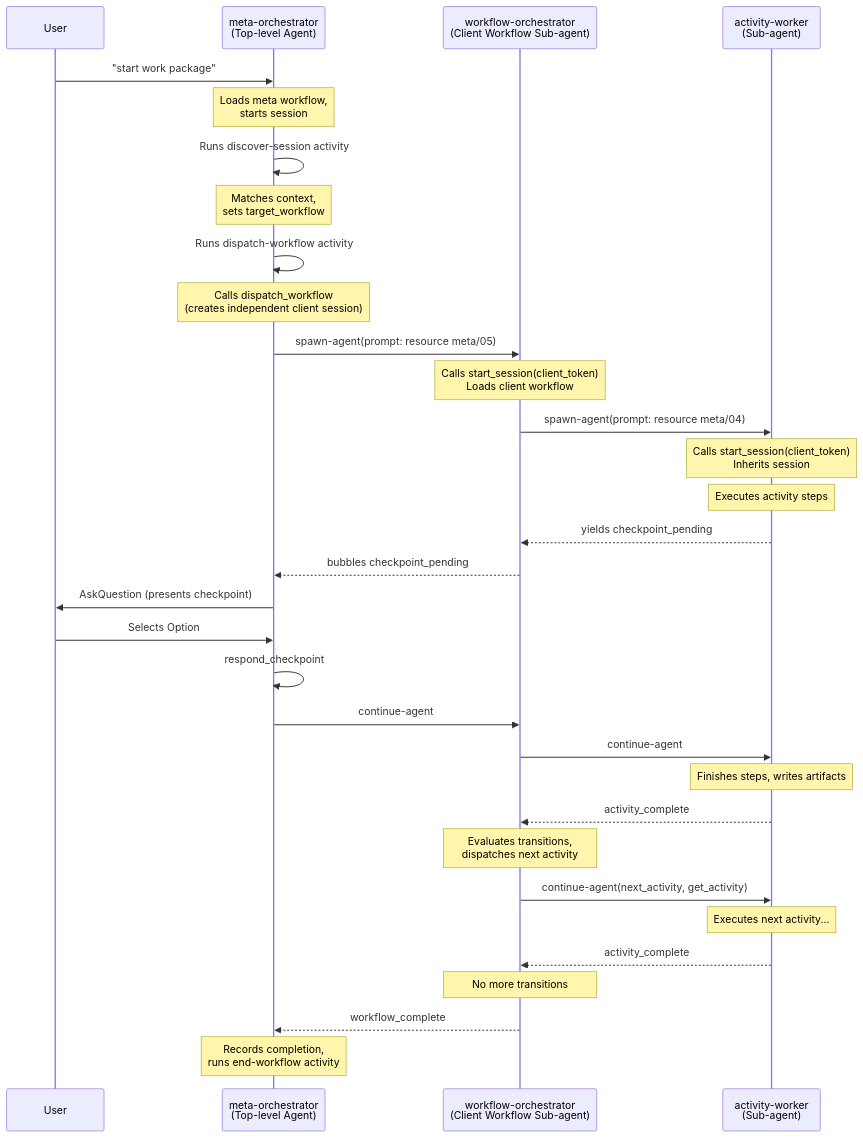
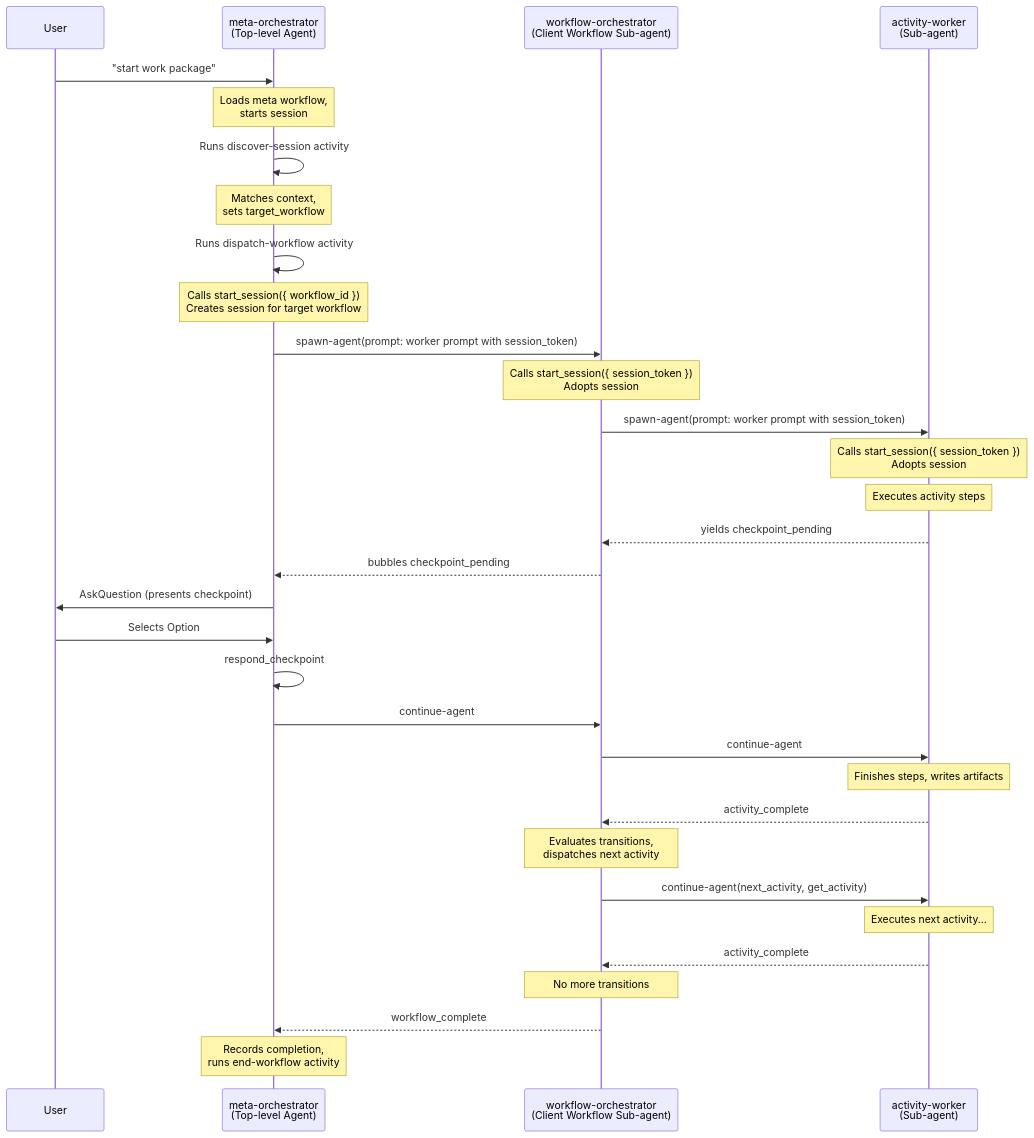
One commit to m2ux/workflow-server changed the first of 5 diagrams in meta/README.md. Above: the diagram before and after it, drawn with Mermaid. The commit also changed 6 other files, not shown here.

First line of the commit message:
fix: eliminate meta session default — agents must specify workflow_id

````diff
--- a/meta/README.md
+++ b/meta/README.md
@@ -18,45 +18,45 @@
 ```mermaid
 sequenceDiagram
     participant User
     participant Meta as meta-orchestrator<br/>(Top-level Agent)
     participant Client as workflow-orchestrator<br/>(Client Workflow Sub-agent)
     participant Worker as activity-worker<br/>(Sub-agent)
 
     User->>Meta: "start work package"
     Note over Meta: Loads meta workflow,<br/>starts session
     Meta->>Meta: Runs discover-session activity
     Note over Meta: Matches context,<br/>sets target_workflow
     Meta->>Meta: Runs dispatch-workflow activity
 
-    Note over Meta: Calls dispatch_workflow<br/>(creates independent client session)
-    Meta->>Client: spawn-agent(prompt: resource meta/05)
+    Note over Meta: Calls start_session({ workflow_id })<br/>Creates session for target workflow
+    Meta->>Client: spawn-agent(prompt: worker prompt with session_token)
 
-    Note over Client: Calls start_session(client_token)<br/>Loads client workflow
+    Note over Client: Calls start_session({ session_token })<br/>Adopts session
     
-    Client->>Worker: spawn-agent(prompt: resource meta/04)
-    Note over Worker: Calls start_session(client_token)<br/>Inherits session
+    Client->>Worker: spawn-agent(prompt: worker prompt with session_token)
+    Note over Worker: Calls start_session({ session_token })<br/>Adopts session
     
     Note over Worker: Executes activity steps
 
     Worker-->>Client: yields checkpoint_pending
     Client-->>Meta: bubbles checkpoint_pending
     Meta->>User: AskQuestion (presents checkpoint)
     User->>Meta: Selects Option
     Meta->>Meta: respond_checkpoint
     
     Meta->>Client: continue-agent
     Client->>Worker: continue-agent
     
     Note over Worker: Finishes steps, writes artifacts
     Worker-->>Client: activity_complete
 
     Note over Client: Evaluates transitions,<br/>dispatches next activity
     
     Client->>Worker: continue-agent(next_activity, get_activity)
     Note over Worker: Executes next activity...
     Worker-->>Client: activity_complete
     
     Note over Client: No more transitions
     Client-->>Meta: workflow_complete
     Note over Meta: Records completion,<br/>runs end-workflow activity
 ```
````
